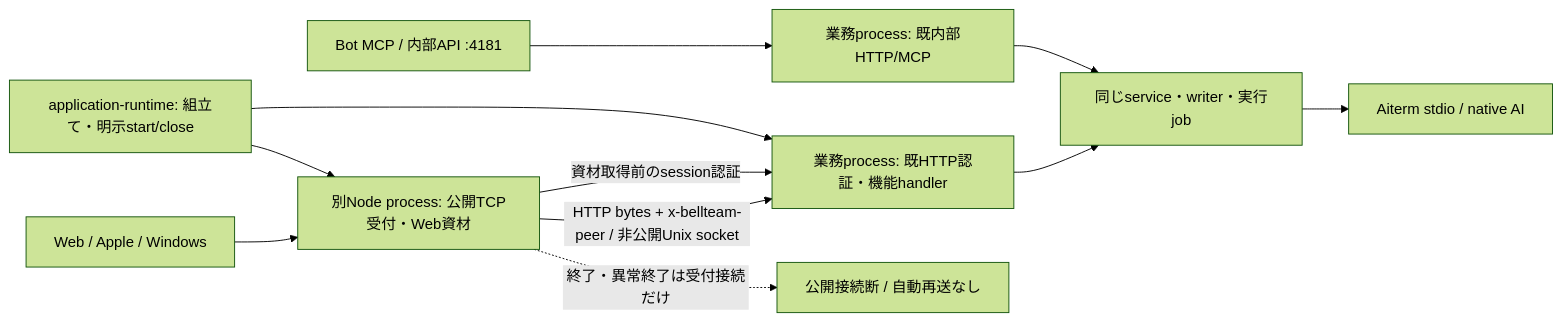
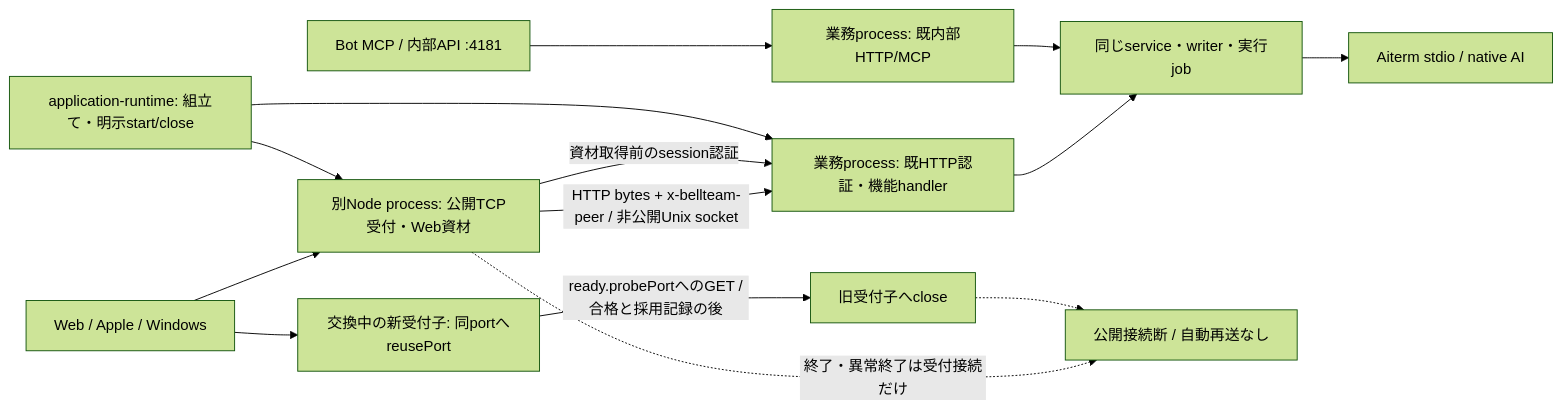
One commit to kitepon/BellTeam changed diagram 12 of 44 in docs/architecture/modules/integration/README.md. Above: the diagram before and after it, drawn with Mermaid (forest theme). The commit also changed other lines of this file and 7 other files, not shown here.

First line of the commit message:
t20 95eef79b: gapless web gateway exchange (new child ready before the old one stops)

````diff
--- a/docs/architecture/modules/integration/README.md
+++ b/docs/architecture/modules/integration/README.md
@@ -282,13 +282,16 @@
 ```mermaid
 flowchart LR
   Browser[Web / Apple / Windows] --> Gateway[別Node process: 公開TCP受付・Web資材]
   Gateway -->|HTTP bytes + x-bellteam-peer / 非公開Unix socket| HTTP[業務process: 既HTTP認証・機能handler]
   Gateway -->|資材取得前のsession認証| HTTP
   Seat[Bot MCP / 内部API :4181] --> Internal[業務process: 既内部HTTP/MCP]
   HTTP --> Services[同じservice・writer・実行job]
   Internal --> Services
   Services --> Native[Aiterm stdio / native AI]
   Assembly[application-runtime: 組立て・明示start/close] --> Gateway
   Assembly --> HTTP
   Gateway -. 終了・異常終了は受付接続だけ .-> Disconnected[公開接続断 / 自動再送なし]
+  Browser --> Next[交換中の新受付子: 同portへreusePort]
+  Next -->|ready.probePortへのGET /合格と採用記録の後| OldClose[旧受付子へclose]
+  OldClose -.-> Disconnected
 ```
````
